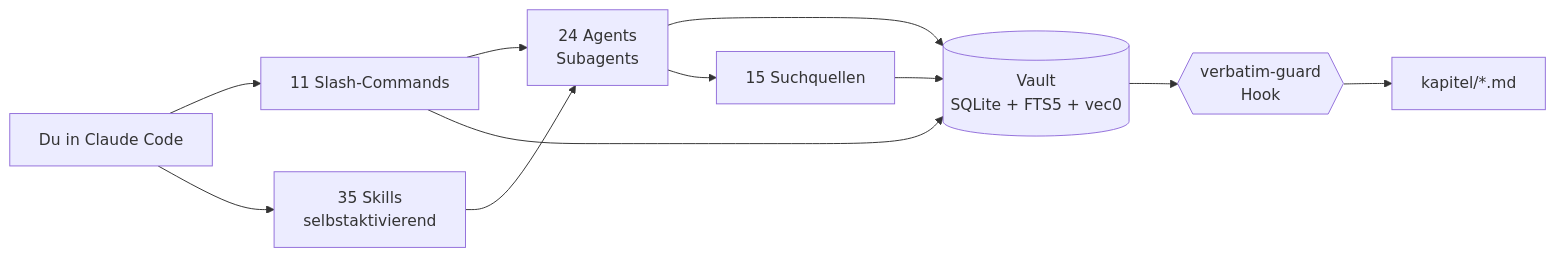
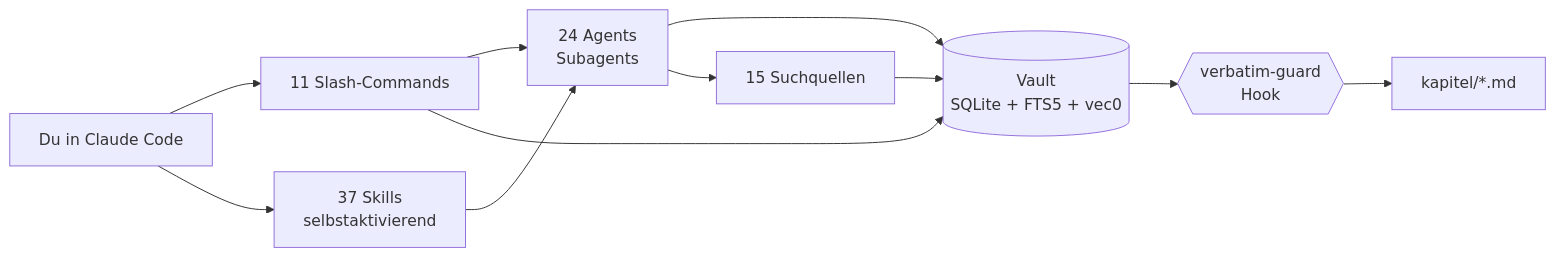
Before and after one commit to ahlerjam/academic-research: the diagram in README.md, drawn with Mermaid. The commit also changed other lines of this file and 34 other files, not shown here.

````diff
--- a/README.md
+++ b/README.md
@@ -76,13 +76,13 @@
 ```mermaid
 graph LR
     U[Du in Claude Code] --> C[11 Slash-Commands]
-    U --> S[35 Skills<br/>selbstaktivierend]
+    U --> S[37 Skills<br/>selbstaktivierend]
     C --> A[24 Agents<br/>Subagents]
     S --> A
     A --> V[(Vault<br/>SQLite + FTS5 + vec0)]
     C --> V
     A --> Q[15 Suchquellen]
     Q --> V
     V --> H{{verbatim-guard<br/>Hook}}
     H --> K[kapitel/*.md]
 ```
````
